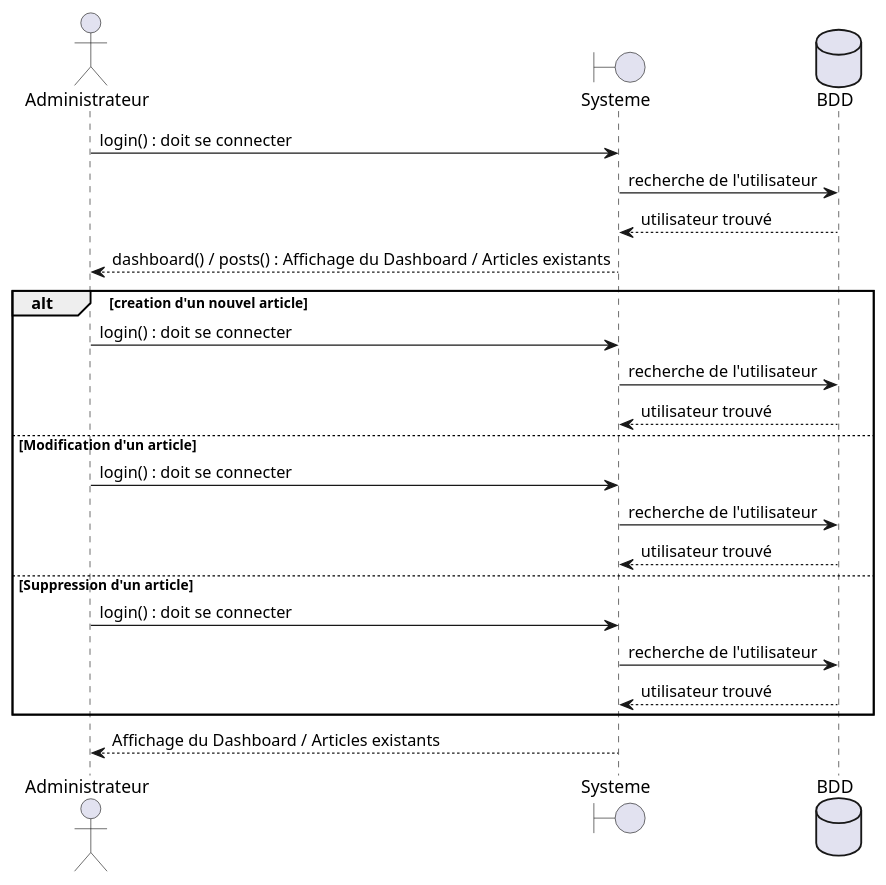
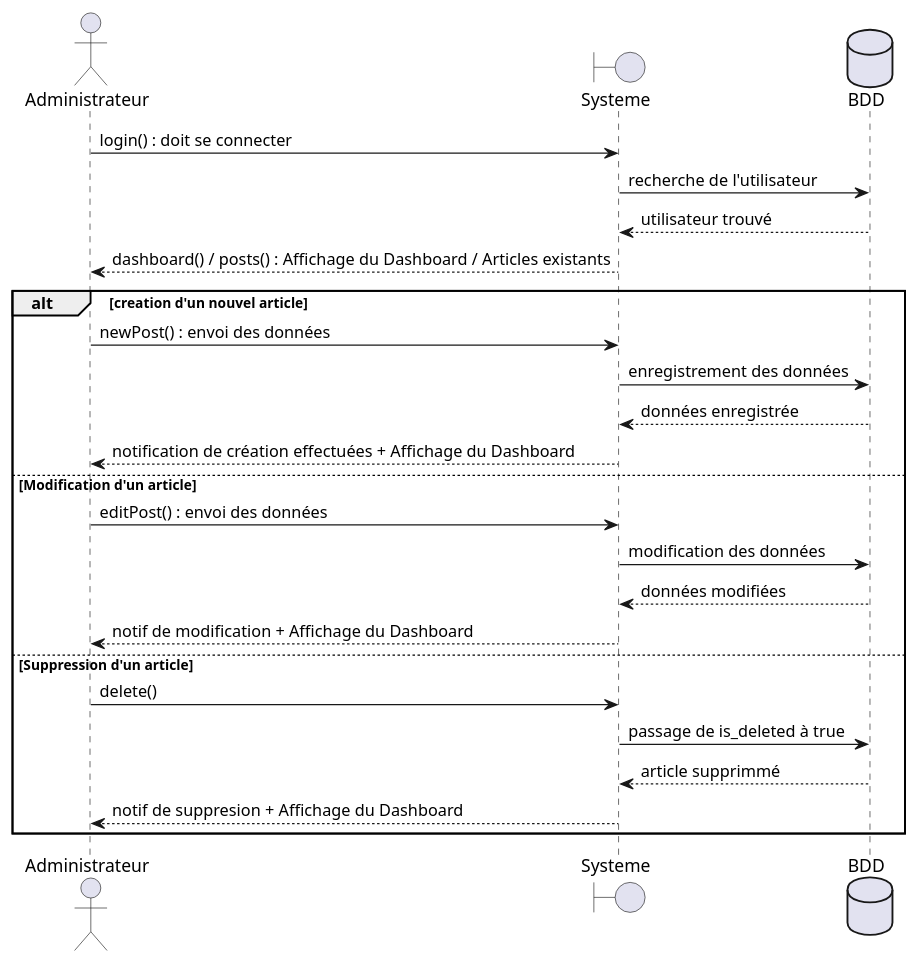
The diagram in diagrammes/dds_modifier_creer_supprimer_un_article.plantuml (HaiseB/P5_blogPhp), drawn with PlantUML before and after one commit. The commit also changed 14 other files, not shown here.

Commit message:
send the good diagramms + png versions

```diff
--- a/diagrammes/dds_modifier_creer_supprimer_un_article.plantuml
+++ b/diagrammes/dds_modifier_creer_supprimer_un_article.plantuml
@@ -1,28 +1,29 @@
 @startuml modifier creer supprimer un article
 
 actor Administrateur
 boundary Systeme
 database BDD
 
 Administrateur -> Systeme: login() : doit se connecter
 Systeme -> BDD: recherche de l'utilisateur
 BDD --> Systeme : utilisateur trouvé
 Systeme --> Administrateur: dashboard() / posts() : Affichage du Dashboard / Articles existants
 
 alt creation d'un nouvel article
-    Administrateur -> Systeme: login() : doit se connecter
-    Systeme -> BDD: recherche de l'utilisateur
-    BDD --> Systeme : utilisateur trouvé
+    Administrateur -> Systeme: newPost() : envoi des données
+    Systeme -> BDD: enregistrement des données
+    BDD --> Systeme : données enregistrée
+    Systeme --> Administrateur: notification de création effectuées + Affichage du Dashboard
 else Modification d'un article
-    Administrateur -> Systeme: login() : doit se connecter
-    Systeme -> BDD: recherche de l'utilisateur
-    BDD --> Systeme : utilisateur trouvé
+    Administrateur -> Systeme: editPost() : envoi des données
+    Systeme -> BDD: modification des données
+    BDD --> Systeme : données modifiées
+    Systeme --> Administrateur: notif de modification + Affichage du Dashboard
 else Suppression d'un article
-    Administrateur -> Systeme: login() : doit se connecter
-    Systeme -> BDD: recherche de l'utilisateur
-    BDD --> Systeme : utilisateur trouvé
+    Administrateur -> Systeme: delete()
+    Systeme -> BDD: passage de is_deleted à true
+    BDD --> Systeme : article supprimmé
+    Systeme --> Administrateur: notif de suppresion + Affichage du Dashboard
 end
 
-Systeme --> Administrateur: Affichage du Dashboard / Articles existants
-
 @enduml
```
